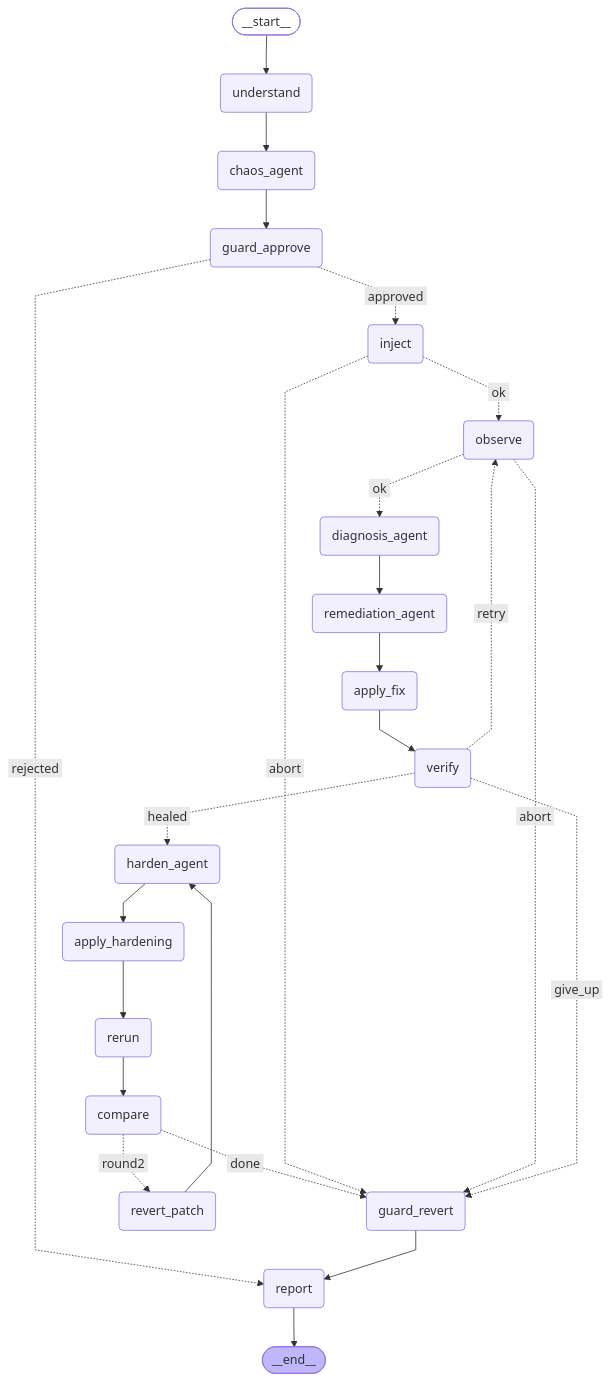
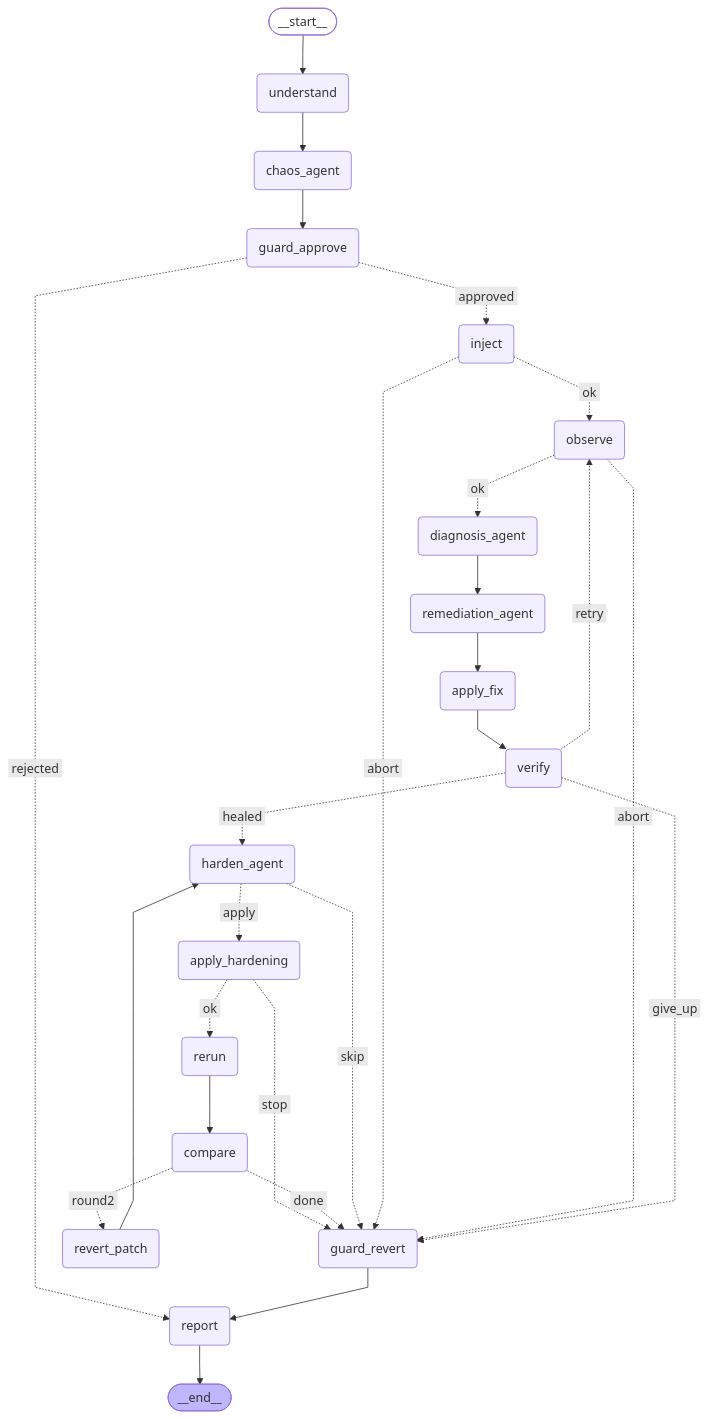
The diagram in docs/heal_graph.mmd (ThanayBallal/chaos-agent), drawn with Mermaid before and after one commit. The commit also changed 8 other files, not shown here.

```diff
--- a/docs/heal_graph.mmd
+++ b/docs/heal_graph.mmd
@@ -1,50 +1,52 @@
 ---
 config:
   flowchart:
     curve: linear
 ---
 graph TD;
 	__start__([<p>__start__</p>]):::first
 	understand(understand)
 	chaos_agent(chaos_agent)
 	guard_approve(guard_approve)
 	inject(inject)
 	observe(observe)
 	diagnosis_agent(diagnosis_agent)
 	remediation_agent(remediation_agent)
 	apply_fix(apply_fix)
 	verify(verify)
 	guard_revert(guard_revert)
 	harden_agent(harden_agent)
 	apply_hardening(apply_hardening)
 	rerun(rerun)
 	compare(compare)
 	revert_patch(revert_patch)
 	report(report)
 	__end__([<p>__end__</p>]):::last
 	__start__ --> understand;
 	apply_fix --> verify;
-	apply_hardening --> rerun;
+	apply_hardening -. &nbsp;stop&nbsp; .-> guard_revert;
+	apply_hardening -. &nbsp;ok&nbsp; .-> rerun;
 	chaos_agent --> guard_approve;
 	compare -. &nbsp;done&nbsp; .-> guard_revert;
 	compare -. &nbsp;round2&nbsp; .-> revert_patch;
 	diagnosis_agent --> remediation_agent;
 	guard_approve -. &nbsp;approved&nbsp; .-> inject;
 	guard_approve -. &nbsp;rejected&nbsp; .-> report;
 	guard_revert --> report;
-	harden_agent --> apply_hardening;
+	harden_agent -. &nbsp;apply&nbsp; .-> apply_hardening;
+	harden_agent -. &nbsp;skip&nbsp; .-> guard_revert;
 	inject -. &nbsp;abort&nbsp; .-> guard_revert;
 	inject -. &nbsp;ok&nbsp; .-> observe;
 	observe -. &nbsp;ok&nbsp; .-> diagnosis_agent;
 	observe -. &nbsp;abort&nbsp; .-> guard_revert;
 	remediation_agent --> apply_fix;
 	rerun --> compare;
 	revert_patch --> harden_agent;
 	understand --> chaos_agent;
 	verify -. &nbsp;give_up&nbsp; .-> guard_revert;
 	verify -. &nbsp;healed&nbsp; .-> harden_agent;
 	verify -. &nbsp;retry&nbsp; .-> observe;
 	report --> __end__;
 	classDef default fill:#f2f0ff,line-height:1.2
 	classDef first fill-opacity:0
 	classDef last fill:#bfb6fc
```
